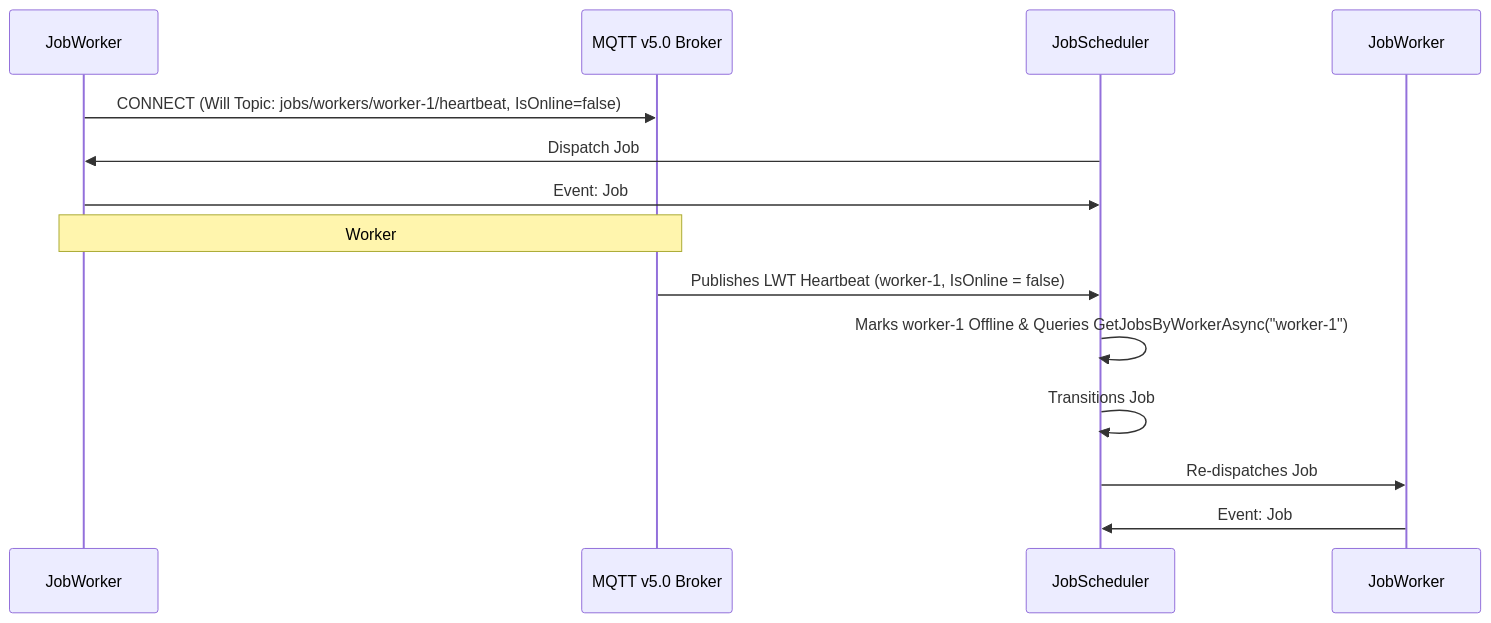
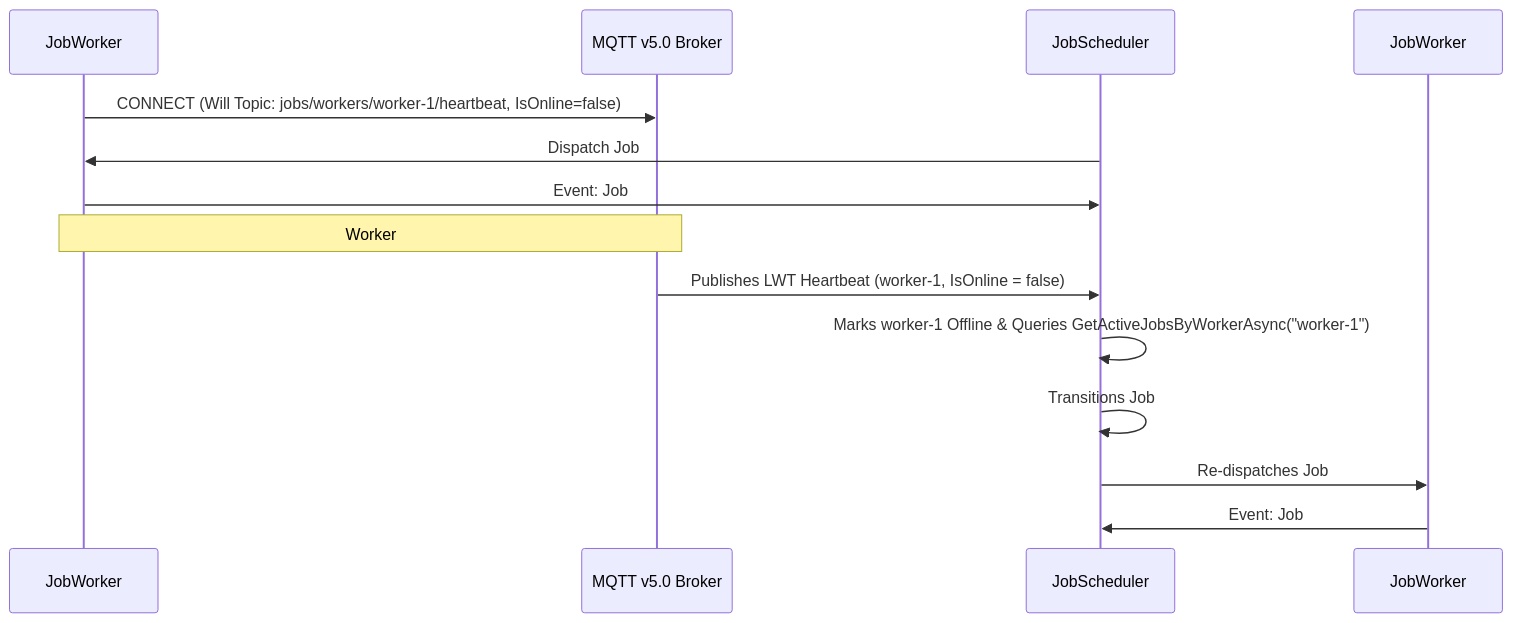
Before and after one commit to MarvinDrude/Beskar.Networking: the diagram in Documentation/Jobs/WorkerRoutingAndResilience.md, drawn with Mermaid. The commit also changed other lines of this file and 10 other files, not shown here.

````diff
--- a/Documentation/Jobs/WorkerRoutingAndResilience.md
+++ b/Documentation/Jobs/WorkerRoutingAndResilience.md
@@ -94,17 +94,17 @@
 ```mermaid
 sequenceDiagram
     participant W1 as JobWorker #1
     participant MB as MQTT v5.0 Broker
     participant JS as JobScheduler
     participant W2 as JobWorker #2
 
     W1->>MB: CONNECT (Will Topic: jobs/workers/worker-1/heartbeat, IsOnline=false)
     JS->>W1: Dispatch Job #101 (Attempt 1/3)
     W1->>JS: Event: Job #101 Started (Status = Running)
     Note over W1,MB: Worker #1 Process Crashes / TCP Socket Aborts!
     MB->>JS: Publishes LWT Heartbeat (worker-1, IsOnline = false)
-    JS->>JS: Marks worker-1 Offline & Queries GetJobsByWorkerAsync("worker-1")
+    JS->>JS: Marks worker-1 Offline & Queries GetActiveJobsByWorkerAsync("worker-1")
     JS->>JS: Transitions Job #101 -> AwaitingRetry & Fires OnWorkerCrashed
     JS->>W2: Re-dispatches Job #101 (Attempt 2/3)
     W2->>JS: Event: Job #101 Completed (Status = Succeeded)
 ```
````
